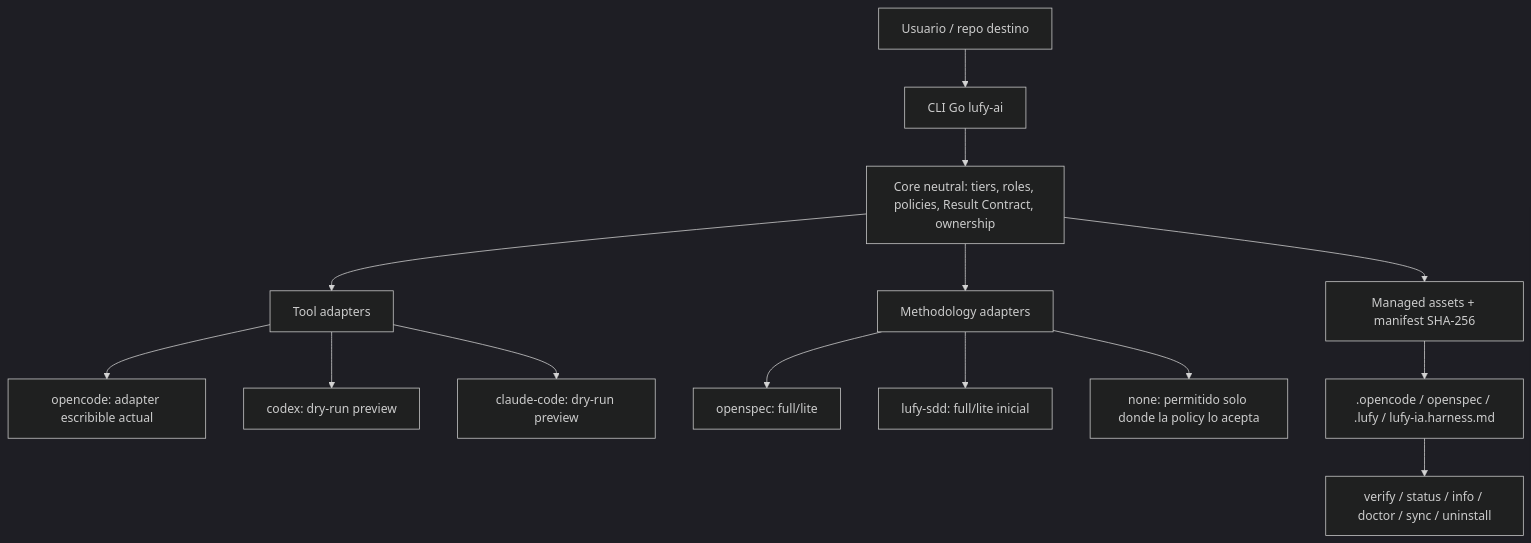
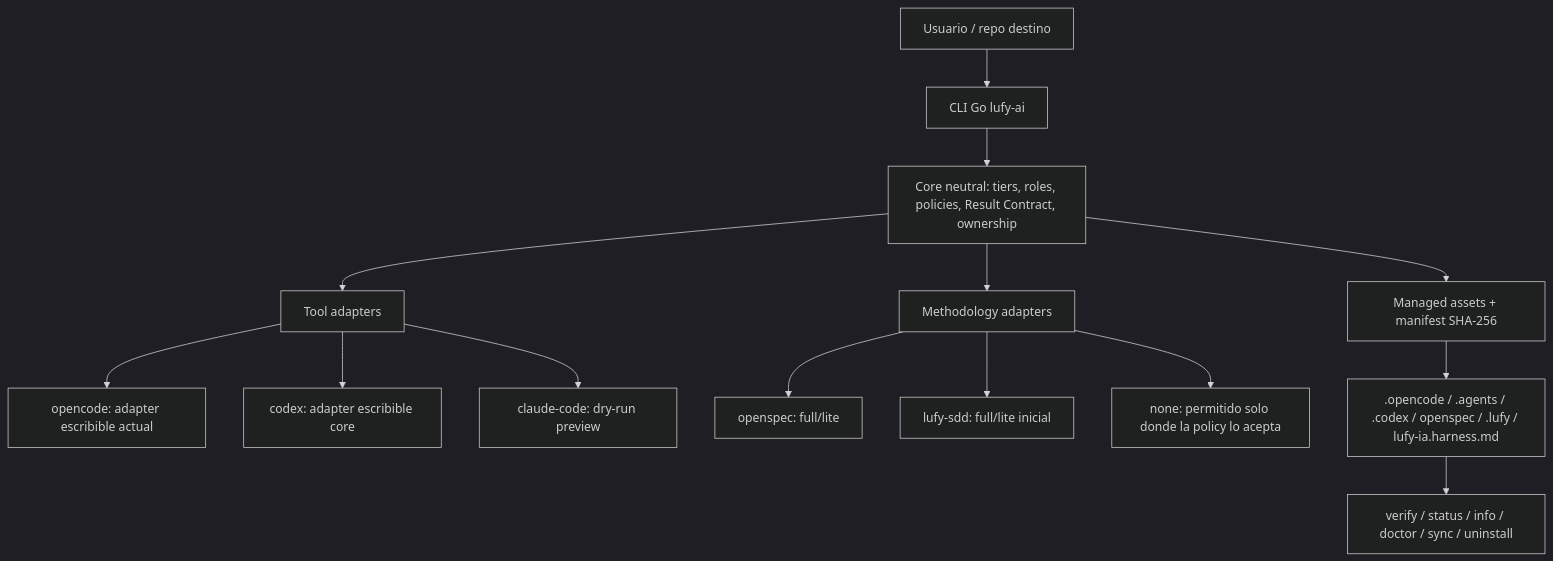
The first of 2 diagrams in README.md (adrotech/lufy-ai), drawn with Mermaid (dark theme) before and after one commit. The commit also changed other lines of this file and 87 other files, not shown here.

Commit message:
feat(cli): adopt codex core adapter (#149)

````diff
--- a/README.md
+++ b/README.md
@@ -142,19 +143,19 @@
 ```mermaid
 flowchart TD
     U["Usuario / repo destino"] --> CLI["CLI Go lufy-ai"]
     CLI --> Core["Core neutral: tiers, roles, policies, Result Contract, ownership"]
     Core --> Tool["Tool adapters"]
     Core --> Meth["Methodology adapters"]
     Core --> Assets["Managed assets + manifest SHA-256"]
 
     Tool --> OC["opencode: adapter escribible actual"]
-    Tool --> CX["codex: dry-run preview"]
+    Tool --> CX["codex: adapter escribible core"]
     Tool --> CC["claude-code: dry-run preview"]
 
     Meth --> OS["openspec: full/lite"]
     Meth --> LS["lufy-sdd: full/lite inicial"]
     Meth --> NN["none: permitido solo donde la policy lo acepta"]
 
-    Assets --> Target[".opencode / openspec / .lufy / lufy-ia.harness.md"]
+    Assets --> Target[".opencode / .agents / .codex / openspec / .lufy / lufy-ia.harness.md"]
     Target --> Verify["verify / status / info / doctor / sync / uninstall"]
 ```
````
